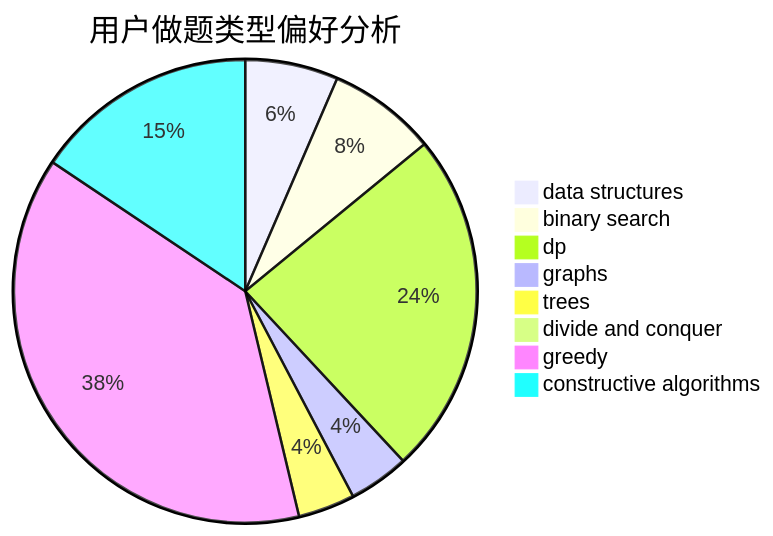
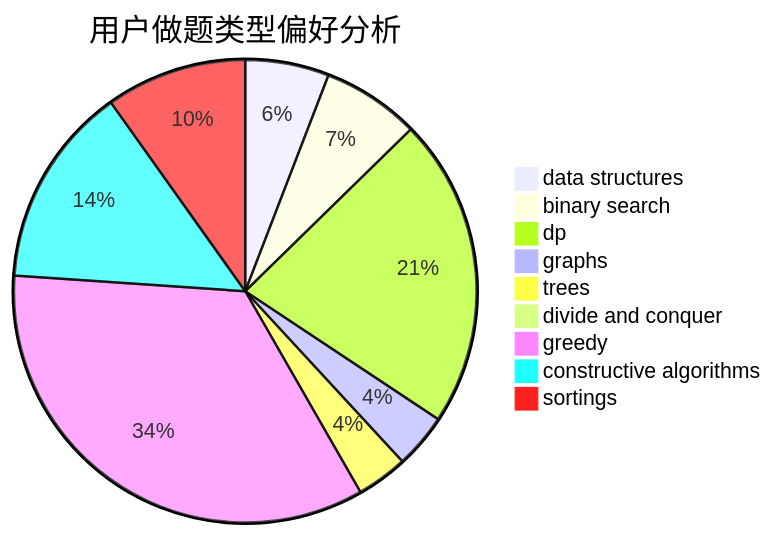
The second of 3 diagrams in docs/user/u349.md (sherpahu/cfrs.github.io), drawn with Mermaid before and after one commit. The commit also changed other lines of this file and 2769 other files, not shown here.

````diff
--- a/docs/user/u349.md
+++ b/docs/user/u349.md
@@ -23,11 +18,12 @@
 ```mermaid
 pie title 用户做题类型偏好分析
     "data structures" :  126
     "binary search" :  147
     "dp" :  466
     "graphs" :  82
     "trees" :  77
     "divide and conquer" :  19
     "greedy" :  740
     "constructive algorithms" :  303
+    "sortings" :  212
 ```
````
